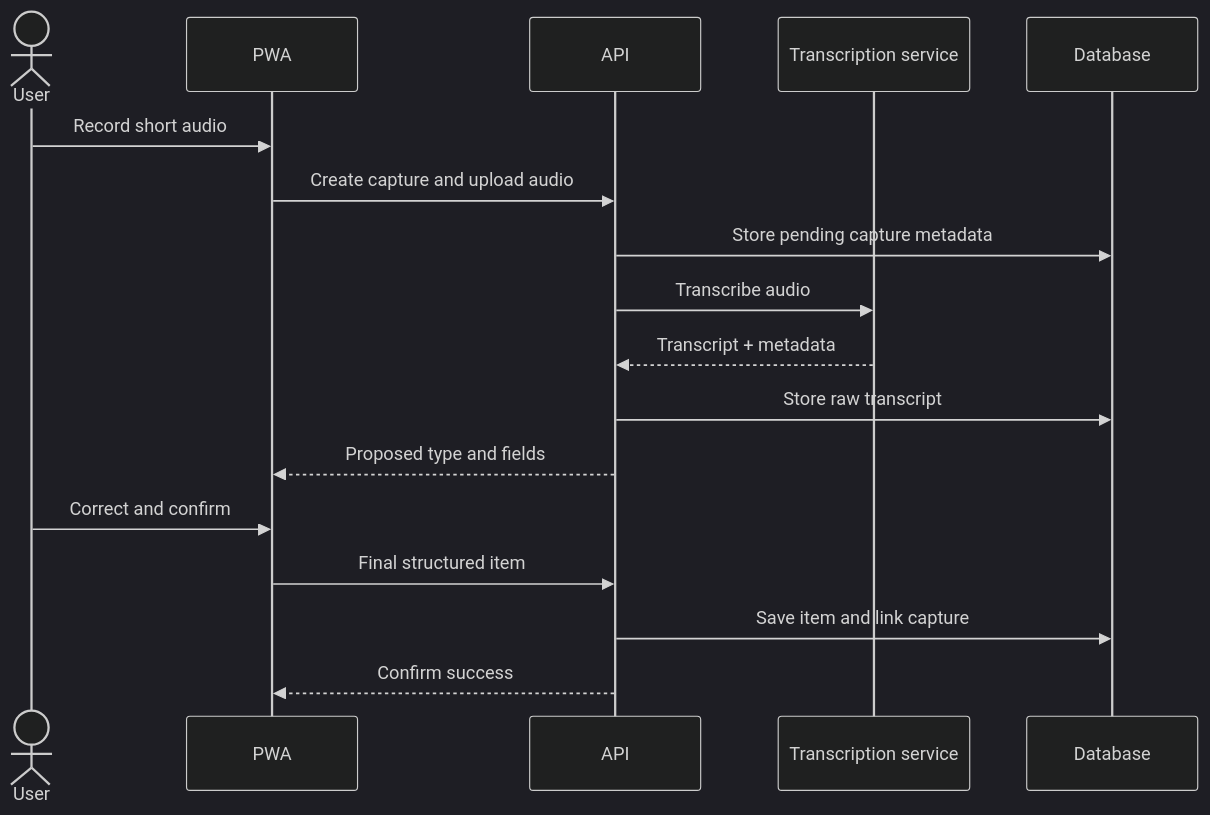
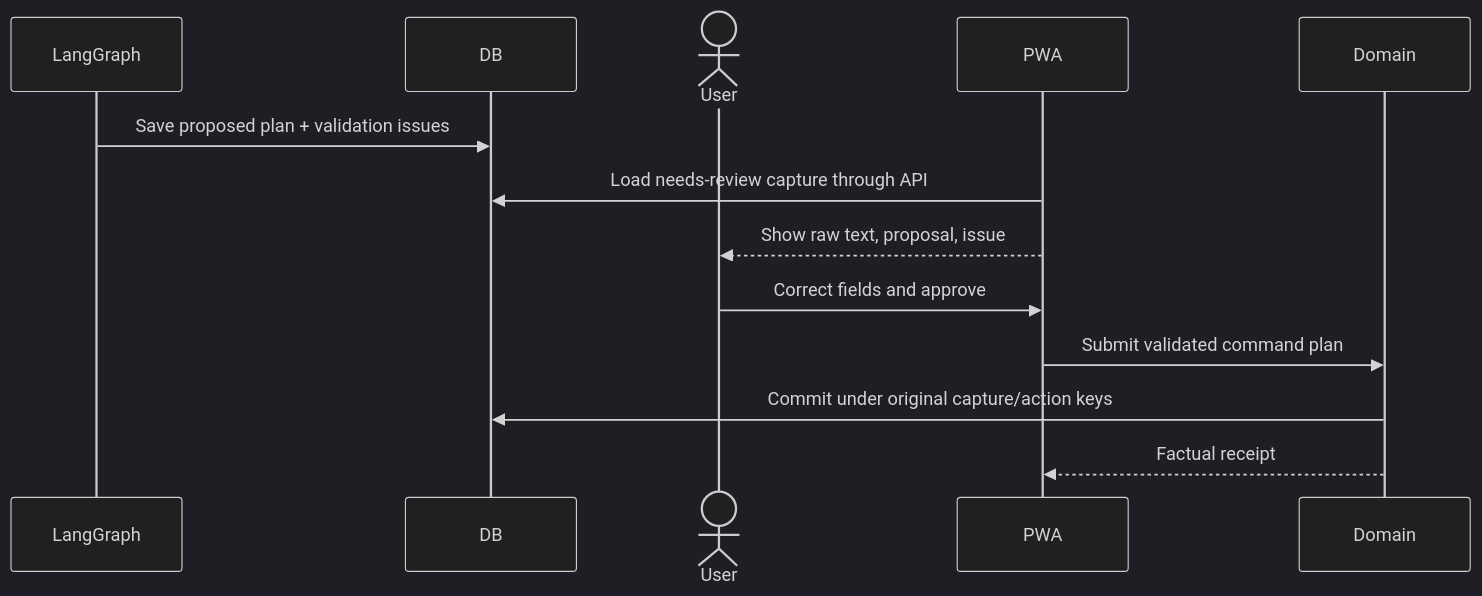
One commit to nikicrow/garmin-notes-lists-and-reminders changed the seventh of 7 diagrams in docs/architecture.md. Above: the diagram before and after it, drawn with Mermaid (dark theme). The commit also changed other lines of this file and 2 other files, not shown here.

Commit message:
docs: redesign capture around Gemini and LangGraph

````diff
--- a/docs/architecture.md
+++ b/docs/architecture.md
@@ -277,20 +535,16 @@
 ```mermaid
 sequenceDiagram
+    participant Graph as LangGraph
+    participant DB
     actor User
     participant PWA
-    participant API
-    participant STT as Transcription service
-    participant DB as Database
+    participant Domain
 
-    User->>PWA: Record short audio
-    PWA->>API: Create capture and upload audio
-    API->>DB: Store pending capture metadata
-    API->>STT: Transcribe audio
-    STT-->>API: Transcript + metadata
-    API->>DB: Store raw transcript
-    API-->>PWA: Proposed type and fields
-    User->>PWA: Correct and confirm
-    PWA->>API: Final structured item
-    API->>DB: Save item and link capture
-    API-->>PWA: Confirm success
+    Graph->>DB: Save proposed plan + validation issues
+    PWA->>DB: Load needs-review capture through API
+    PWA-->>User: Show raw text, proposal, issue
+    User->>PWA: Correct fields and approve
+    PWA->>Domain: Submit validated command plan
+    Domain->>DB: Commit under original capture/action keys
+    Domain-->>PWA: Factual receipt
 ```
````
